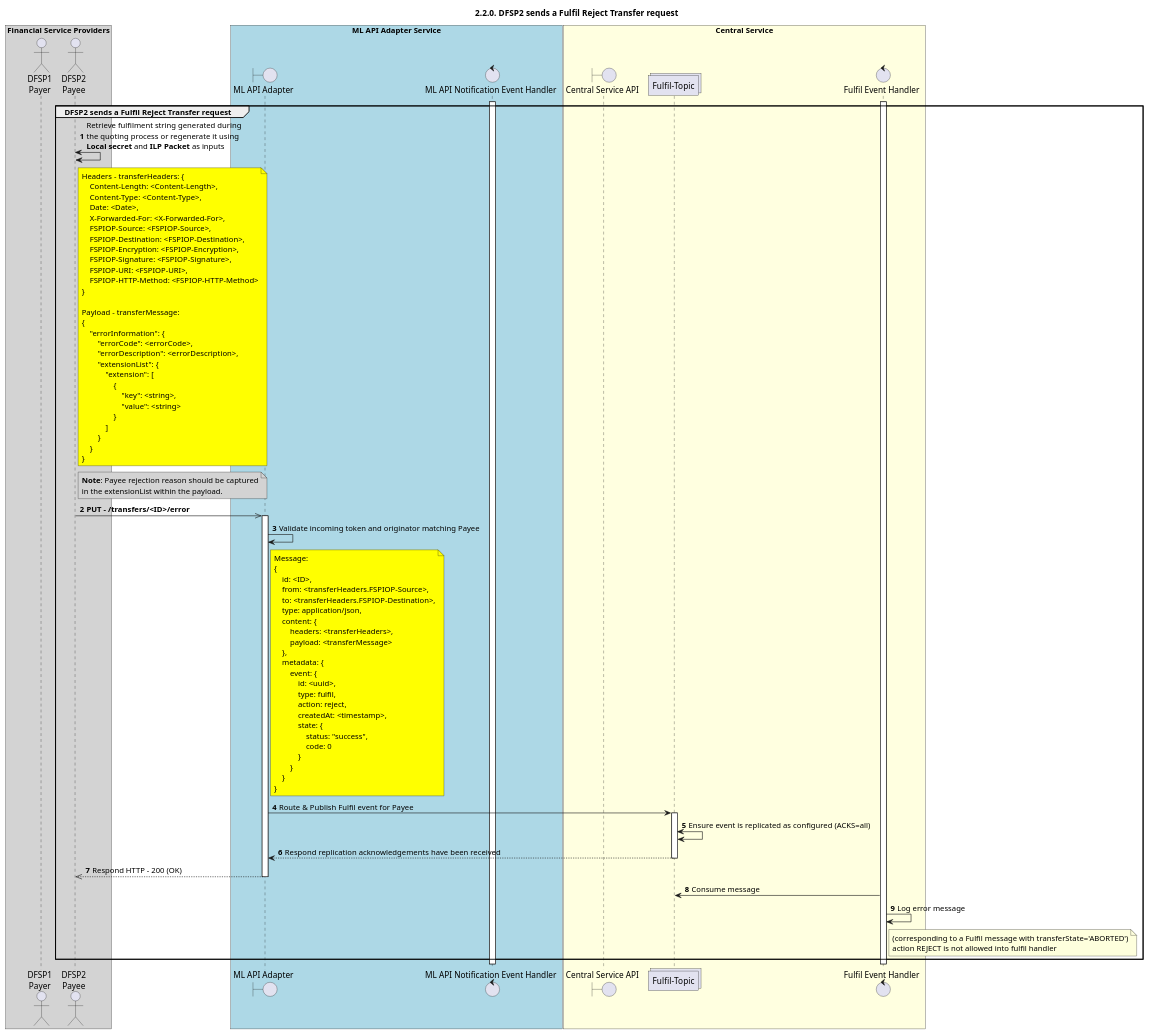
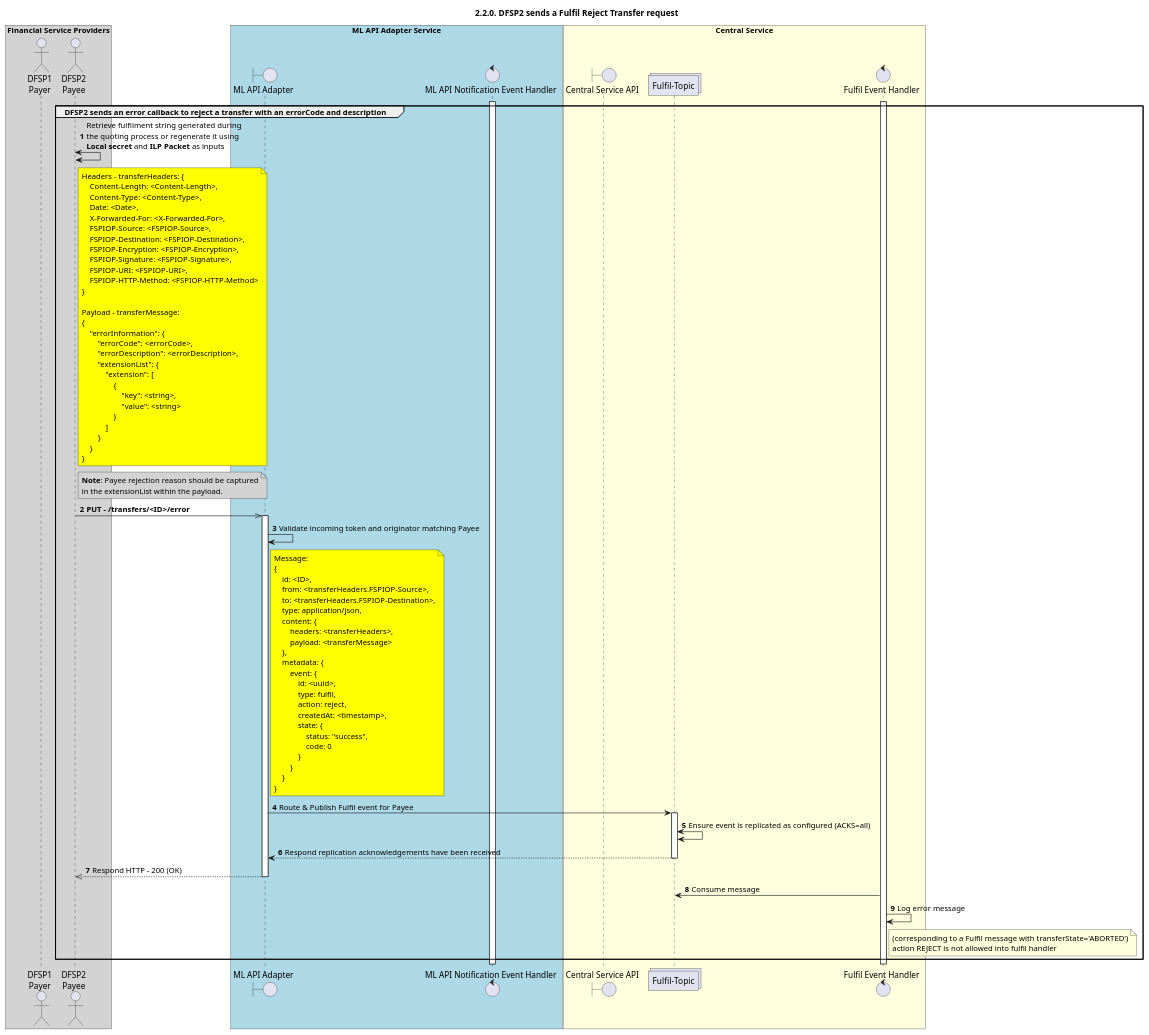
The diagram in mojaloop-technical-overview/central-ledger/assets/diagrams/sequence/seq-reject-2.2.0-v1.1.plantuml (mojaloop/documentation), drawn with PlantUML before and after one commit.

```diff
--- a/mojaloop-technical-overview/central-ledger/assets/diagrams/sequence/seq-reject-2.2.0-v1.1.plantuml
+++ b/mojaloop-technical-overview/central-ledger/assets/diagrams/sequence/seq-reject-2.2.0-v1.1.plantuml
@@ -26,123 +26,123 @@
 @startuml
 ' declate title
 title 2.2.0. DFSP2 sends a Fulfil Reject Transfer request
 
 autonumber
 
 ' Actor Keys:
 '   boundary - APIs/Interfaces, etc
 '   collections - Kafka Topics
 '   control - Kafka Consumers
 '   entity - Database Access Objects
 '   database - Database Persistance Store
 
 ' declare actors
 actor "DFSP1\nPayer" as DFSP1
 actor "DFSP2\nPayee" as DFSP2
 boundary "ML API Adapter" as MLAPI
 control "ML API Notification Event Handler" as NOTIFY_HANDLER
 boundary "Central Service API" as CSAPI
 collections "Fulfil-Topic" as TOPIC_FULFIL
 control "Fulfil Event Handler" as FULF_HANDLER
 
 ' collections "topic-transfer-position" as TOPIC_TRANSFER_POSITION
 ' control "Position Event Handler" as POS_HANDLER
 ' collections "Event-Topic" as TOPIC_EVENTS
 ' collections "Notification-Topic" as TOPIC_NOTIFICATIONS
 
 box "Financial Service Providers" #lightGray
 	participant DFSP1
 	participant DFSP2
 end box
 
 box "ML API Adapter Service" #LightBlue
 	participant MLAPI
 	participant NOTIFY_HANDLER
 end box
 
 box "Central Service" #LightYellow
     participant CSAPI
 	participant TOPIC_FULFIL
     participant FULF_HANDLER
 end box
 
 ' start flow
 activate NOTIFY_HANDLER
 activate FULF_HANDLER
-group DFSP2 sends a Fulfil Reject Transfer request
+group DFSP2 sends an error callback to reject a transfer with an errorCode and description
     DFSP2 <-> DFSP2: Retrieve fulfilment string generated during\nthe quoting process or regenerate it using\n**Local secret** and **ILP Packet** as inputs
     note right of DFSP2 #yellow
         Headers - transferHeaders: {
             Content-Length: <Content-Length>,
             Content-Type: <Content-Type>,
             Date: <Date>,
             X-Forwarded-For: <X-Forwarded-For>,
             FSPIOP-Source: <FSPIOP-Source>,
             FSPIOP-Destination: <FSPIOP-Destination>,
             FSPIOP-Encryption: <FSPIOP-Encryption>,
             FSPIOP-Signature: <FSPIOP-Signature>,
             FSPIOP-URI: <FSPIOP-URI>,
             FSPIOP-HTTP-Method: <FSPIOP-HTTP-Method>
         }
 
         Payload - transferMessage:
         {
             "errorInformation": {
                 "errorCode": <errorCode>,
                 "errorDescription": <errorDescription>,
                 "extensionList": {
                     "extension": [
                         {
                             "key": <string>,
                             "value": <string>
                         }
                     ]
                 }
             }
         }
     end note
     note right of DFSP2 #lightgray
         **Note**: Payee rejection reason should be captured
         in the extensionList within the payload.
     end note
     DFSP2 ->> MLAPI: **PUT - /transfers/<ID>/error**
     
     activate MLAPI
     MLAPI -> MLAPI: Validate incoming token and originator matching Payee
     note right of MLAPI #yellow
         Message:
         {
             id: <ID>,
             from: <transferHeaders.FSPIOP-Source>,
             to: <transferHeaders.FSPIOP-Destination>,
             type: application/json,
             content: {
                 headers: <transferHeaders>,
                 payload: <transferMessage>
             },
             metadata: {
                 event: {
                     id: <uuid>,
                     type: fulfil,
                     action: reject,
                     createdAt: <timestamp>,
                     state: {
                         status: "success",
                         code: 0
                     }
                 }
             }
         }
     end note
     MLAPI -> TOPIC_FULFIL: Route & Publish Fulfil event for Payee
     activate TOPIC_FULFIL
     TOPIC_FULFIL <-> TOPIC_FULFIL: Ensure event is replicated as configured (ACKS=all)
     TOPIC_FULFIL --> MLAPI: Respond replication acknowledgements have been received
     deactivate TOPIC_FULFIL
     MLAPI -->> DFSP2: Respond HTTP - 200 (OK)
     deactivate MLAPI
     TOPIC_FULFIL <- FULF_HANDLER: Consume message
     FULF_HANDLER -> FULF_HANDLER: Log error message
     note right of FULF_HANDLER: (corresponding to a Fulfil message with transferState='ABORTED')\naction REJECT is not allowed into fulfil handler
 end
 @enduml
```
